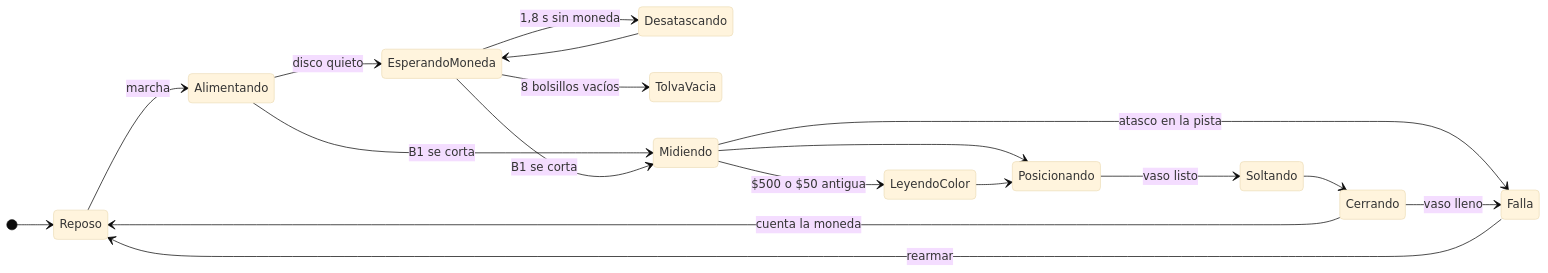
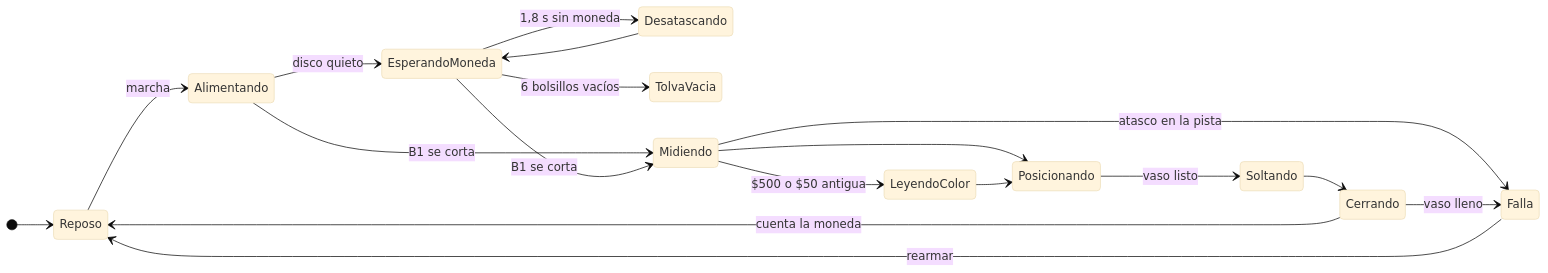
One commit to Johan-C777/coin-sorting-robot-pybullet changed the third of 5 diagrams in README.md. Above: the diagram before and after it, drawn with Mermaid (base theme). The commit also changed other lines of this file and 9 other files, not shown here.

````diff
--- a/README.md
+++ b/README.md
@@ -151,21 +204,21 @@
 ```mermaid
 stateDiagram-v2
     direction LR
     [*] --> Reposo
     Reposo --> Alimentando: marcha
     Alimentando --> EsperandoMoneda: disco quieto
     EsperandoMoneda --> Desatascando: 1,8 s sin moneda
     Desatascando --> EsperandoMoneda
-    EsperandoMoneda --> TolvaVacia: 8 bolsillos vacíos
+    EsperandoMoneda --> TolvaVacia: 6 bolsillos vacíos
     Alimentando --> Midiendo: B1 se corta
     EsperandoMoneda --> Midiendo: B1 se corta
     Midiendo --> LeyendoColor: $500 o $50 antigua
     Midiendo --> Posicionando
     LeyendoColor --> Posicionando
     Midiendo --> Falla: atasco en la pista
     Posicionando --> Soltando: vaso listo
     Soltando --> Cerrando
     Cerrando --> Reposo: cuenta la moneda
     Cerrando --> Falla: vaso lleno
     Falla --> Reposo: rearmar
 ```
````
